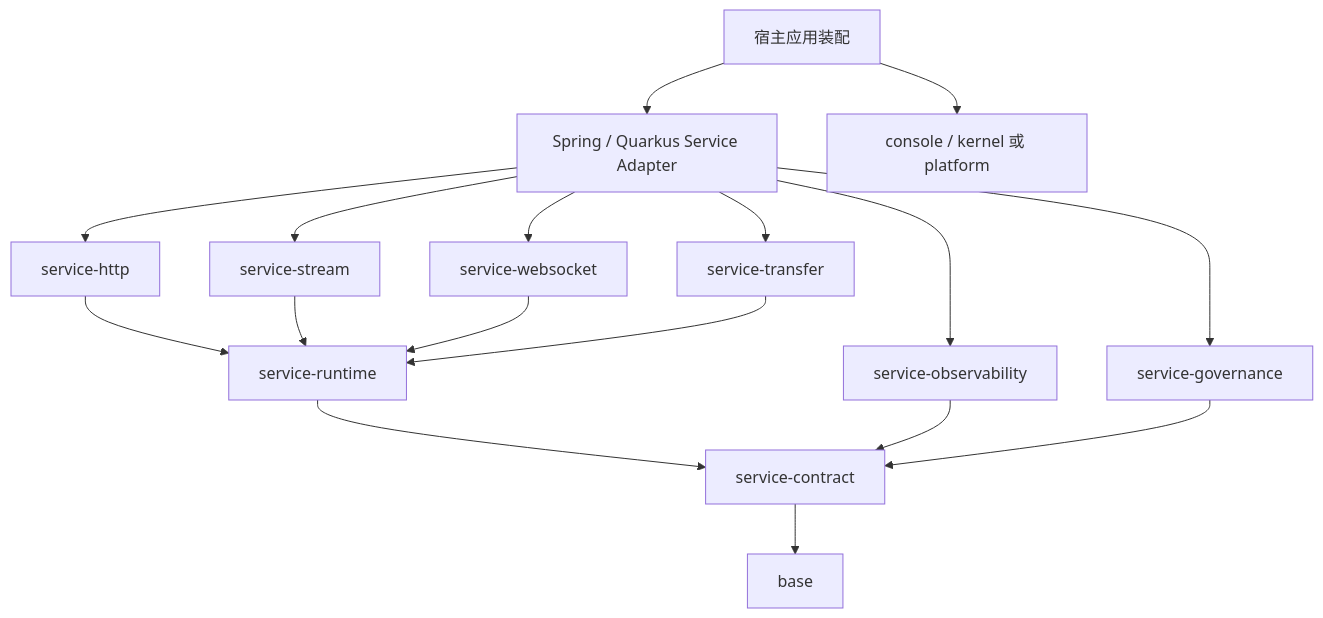
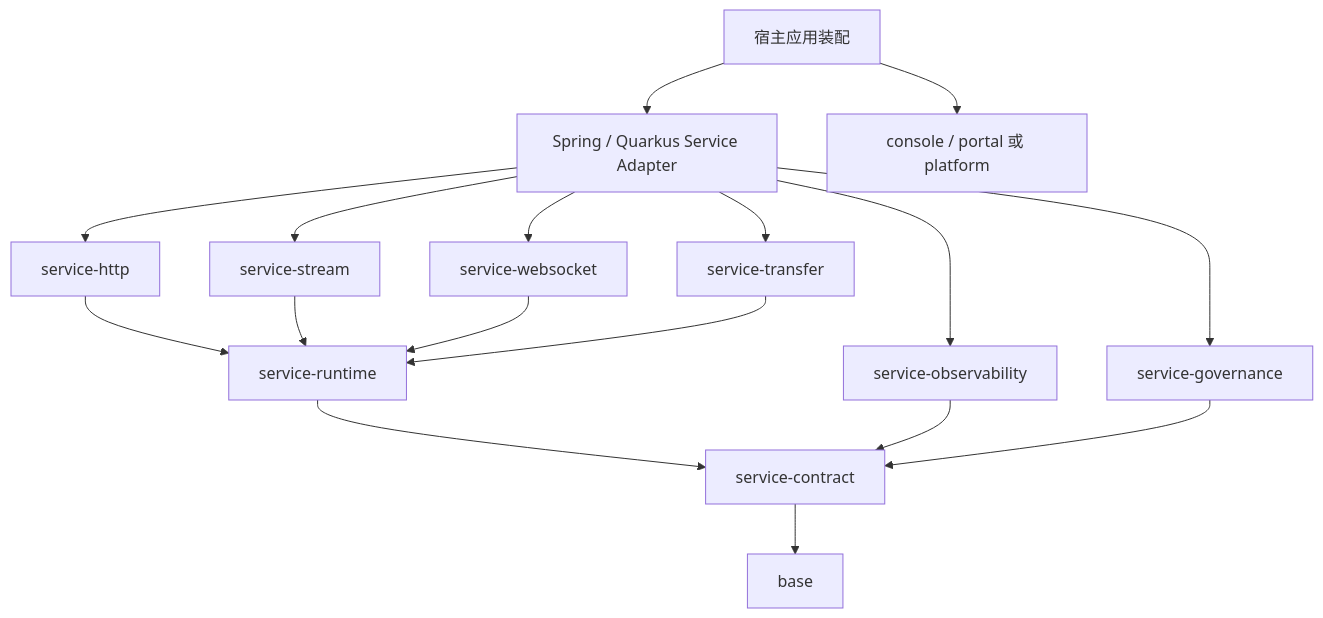
One commit to innospots/innospots-nexus changed the diagram in innospots-nexus-service/docs/service-framework-design.md. Above: the diagram before and after it, drawn with Mermaid. The commit also changed other lines of this file and 316 other files, not shown here.

````diff
--- a/innospots-nexus-service/docs/service-framework-design.md
+++ b/innospots-nexus-service/docs/service-framework-design.md
@@ -106,19 +106,19 @@
 ```mermaid
 flowchart TD
   AD[Spring / Quarkus Service Adapter] --> H[service-http]
   AD --> S[service-stream]
   AD --> W[service-websocket]
   AD --> F[service-transfer]
   AD --> O[service-observability]
   AD --> G[service-governance]
   H --> R[service-runtime]
   S --> R
   W --> R
   F --> R
   R --> C[service-contract]
   O --> C
   G --> C
   C --> B[base]
   APP[宿主应用装配] --> AD
-  APP --> IAM[console / kernel 或 platform]
+  APP --> IAM[console / portal 或 platform]
 ```
````
